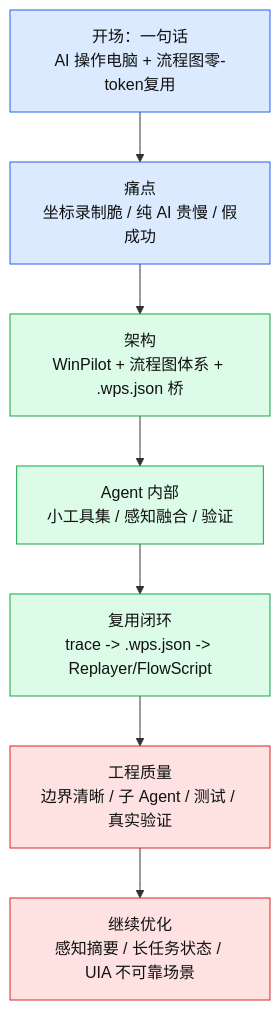
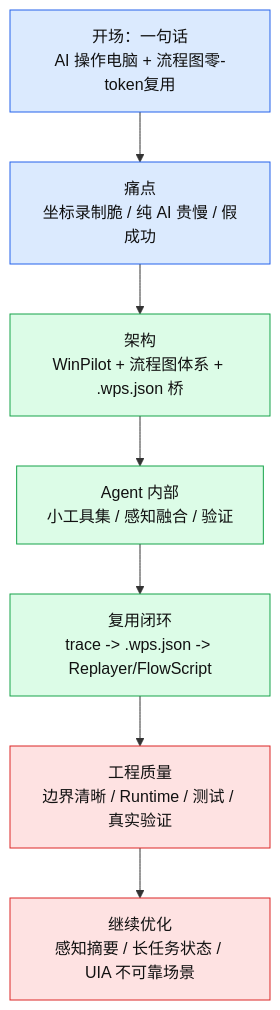
One commit to zoujiapeng/lingdong-script changed diagram 22 of 24 in docs/项目导览-面试版.md. Above: the diagram before and after it, drawn with Mermaid. The commit also changed other lines of this file and 22 other files, not shown here.

Commit message:
Unify coding runtime under AgentRunner

````diff
--- a/docs/项目导览-面试版.md
+++ b/docs/项目导览-面试版.md
@@ -1068,19 +1084,19 @@
 ```mermaid
 flowchart TB
     start["开场：一句话<br/>AI 操作电脑 + 流程图零-token复用"]
     pain["痛点<br/>坐标录制脆 / 纯 AI 贵慢 / 假成功"]
     arch["架构<br/>WinPilot + 流程图体系 + .wps.json 桥"]
     agent["Agent 内部<br/>小工具集 / 感知融合 / 验证"]
     reuse["复用闭环<br/>trace -> .wps.json -> Replayer/FlowScript"]
-    quality["工程质量<br/>边界清晰 / 子 Agent / 测试 / 真实验证"]
+    quality["工程质量<br/>边界清晰 / Runtime / 测试 / 真实验证"]
     future["继续优化<br/>感知摘要 / 长任务状态 / UIA 不可靠场景"]
 
     start --> pain --> arch --> agent --> reuse --> quality --> future
 
     classDef intro fill:#dbeafe,stroke:#2563eb,color:#111;
     classDef core fill:#dcfce7,stroke:#16a34a,color:#111;
     classDef risk fill:#fee2e2,stroke:#dc2626,color:#111;
     class start,pain intro;
     class arch,agent,reuse core;
     class quality,future risk;
 ```
````
